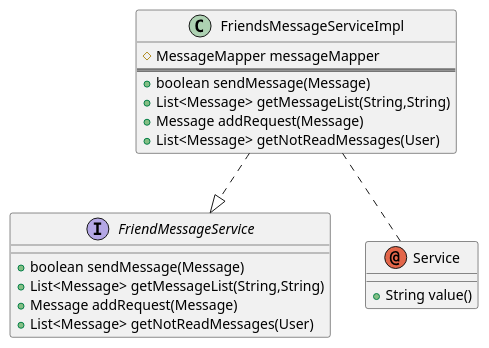
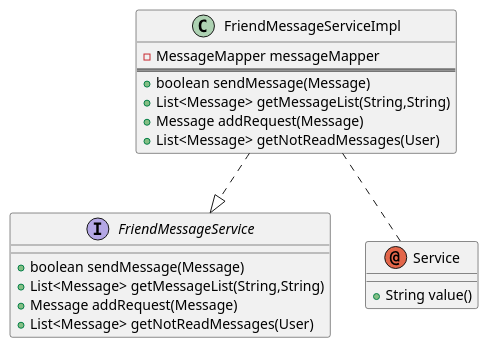
Before and after one commit to Guo-Chenxu/chatroom: the diagram in uml/ServerFriendMessageServiceClassUML.puml, drawn with PlantUML. The commit also changed 11 other files, not shown here.

```diff
--- a/uml/ServerFriendMessageServiceClassUML.puml
+++ b/uml/ServerFriendMessageServiceClassUML.puml
@@ -1,26 +1,26 @@
 @startuml
 'https://plantuml.com/class-diagram
 
 interface FriendMessageService{
 +boolean sendMessage(Message)
 +List<Message> getMessageList(String,String)
 +Message addRequest(Message)
 +List<Message> getNotReadMessages(User)
 }
 
-class FriendsMessageServiceImpl {
-#MessageMapper messageMapper
+class FriendMessageServiceImpl {
+-MessageMapper messageMapper
 ==
 +boolean sendMessage(Message)
 +List<Message> getMessageList(String,String)
 +Message addRequest(Message)
 +List<Message> getNotReadMessages(User)
 }
 
 annotation Service{
 +String value()
 }
 
-FriendsMessageServiceImpl ..|> FriendMessageService
-FriendsMessageServiceImpl .. Service
+FriendMessageServiceImpl ..|> FriendMessageService
+FriendMessageServiceImpl .. Service
 @enduml
```
